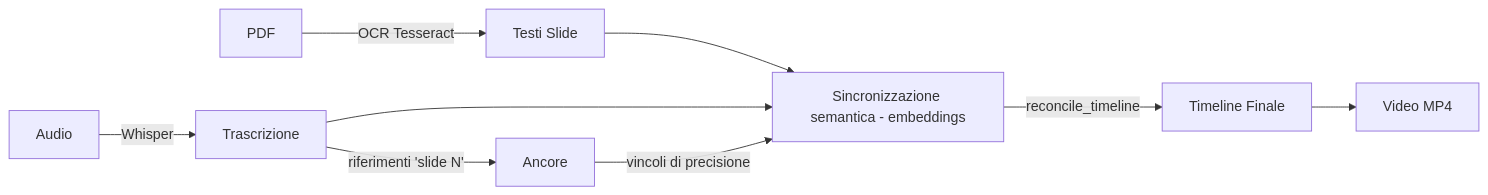
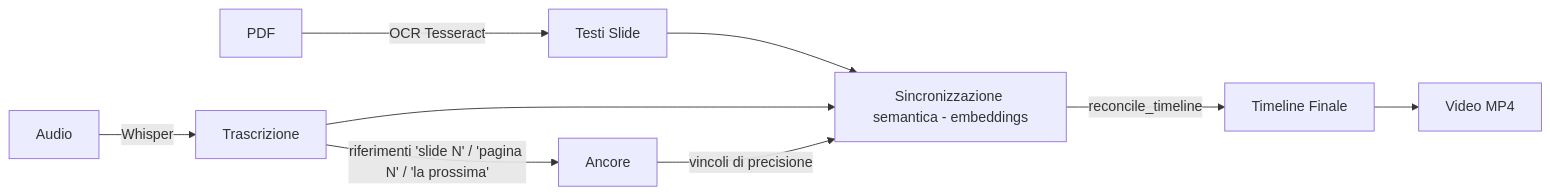
Before and after one commit to riefolog-cyber/sync-video: the diagram in README.md, drawn with Mermaid. The commit also changed other lines of this file and 6 other files, not shown here.

````diff
--- a/README.md
+++ b/README.md
@@ -9,11 +9,11 @@
 ```mermaid
 graph LR
     A[PDF] -->|OCR Tesseract| B[Testi Slide]
     C[Audio] -->|Whisper| D[Trascrizione]
-    D -->|riferimenti 'slide N'| E[Ancore]
+    D -->|riferimenti 'slide N' / 'pagina N' / 'la prossima'| E[Ancore]
     B --> F[Sincronizzazione semantica - embeddings]
     D --> F
     E -->|vincoli di precisione| F
     F -->|reconcile_timeline| G[Timeline Finale]
     G --> H[Video MP4]
 ```
````
